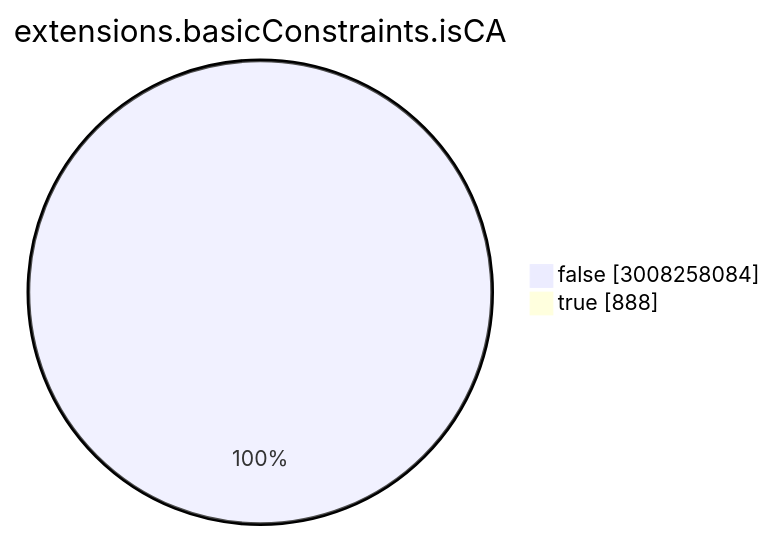
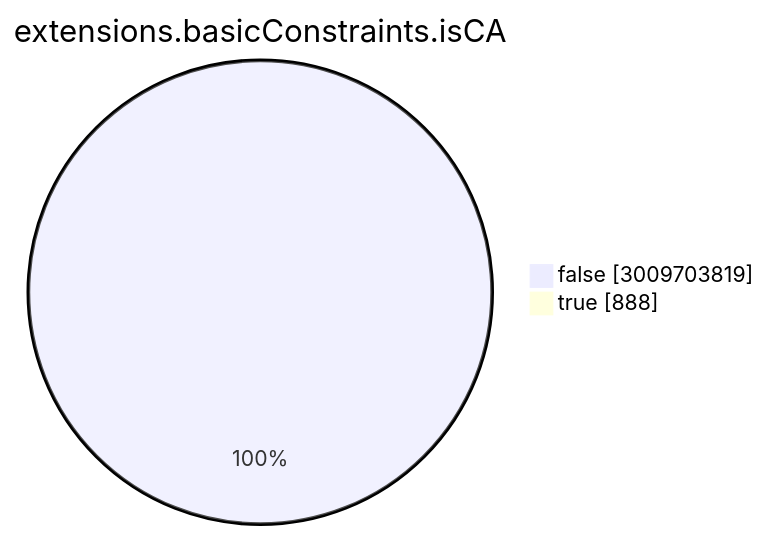
The seventh of 15 diagrams in TOTAL/README.md (christiankrug/ctmonitor_visualization), drawn with Mermaid before and after one commit. The commit also changed other lines of this file, not shown here.

````diff
--- a/TOTAL/README.md
+++ b/TOTAL/README.md
@@ -3080,6 +3080,6 @@
 ```mermaid
 pie showData
 title extensions.basicConstraints.isCA
-"false" :3008258084
+"false" :3009703819
 "true" :888
 ```
````
